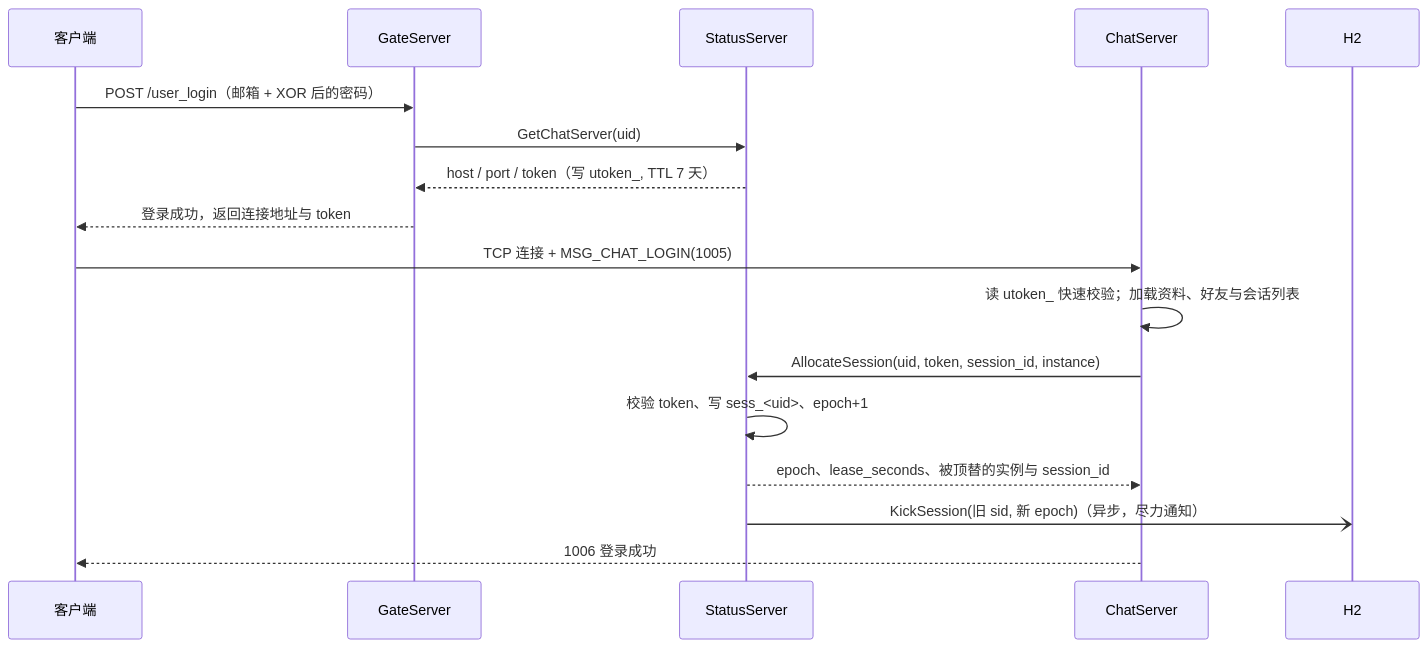
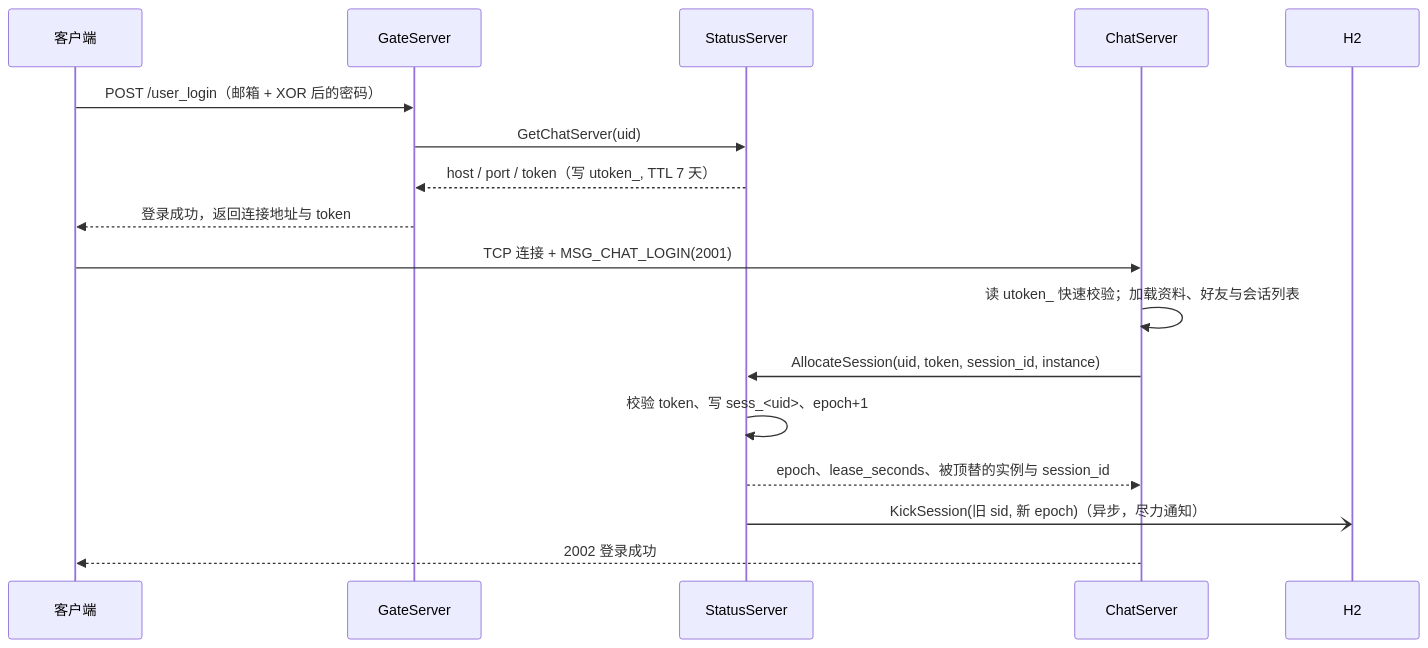
One commit to yrc920/yunjian changed the diagram in docs/08-status-server.md. Above: the diagram before and after it, drawn with Mermaid. The commit also changed other lines of this file and 78 other files, not shown here.

````diff
--- a/docs/08-status-server.md
+++ b/docs/08-status-server.md
@@ -57,19 +57,19 @@
 ```mermaid
 sequenceDiagram
     participant C as 客户端
     participant G as GateServer
     participant S as StatusServer
     participant H as ChatServer
 
     C->>G: POST /user_login（邮箱 + XOR 后的密码）
     G->>S: GetChatServer(uid)
     S-->>G: host / port / token（写 utoken_, TTL 7 天）
     G-->>C: 登录成功，返回连接地址与 token
-    C->>H: TCP 连接 + MSG_CHAT_LOGIN(1005)
+    C->>H: TCP 连接 + MSG_CHAT_LOGIN(2001)
     H->>H: 读 utoken_ 快速校验；加载资料、好友与会话列表
     H->>S: AllocateSession(uid, token, session_id, instance)
     S->>S: 校验 token、写 sess_<uid>、epoch+1
     S-->>H: epoch、lease_seconds、被顶替的实例与 session_id
     S-)H2: KickSession(旧 sid, 新 epoch)（异步，尽力通知）
-    H-->>C: 1006 登录成功
+    H-->>C: 2002 登录成功
 ```
````
